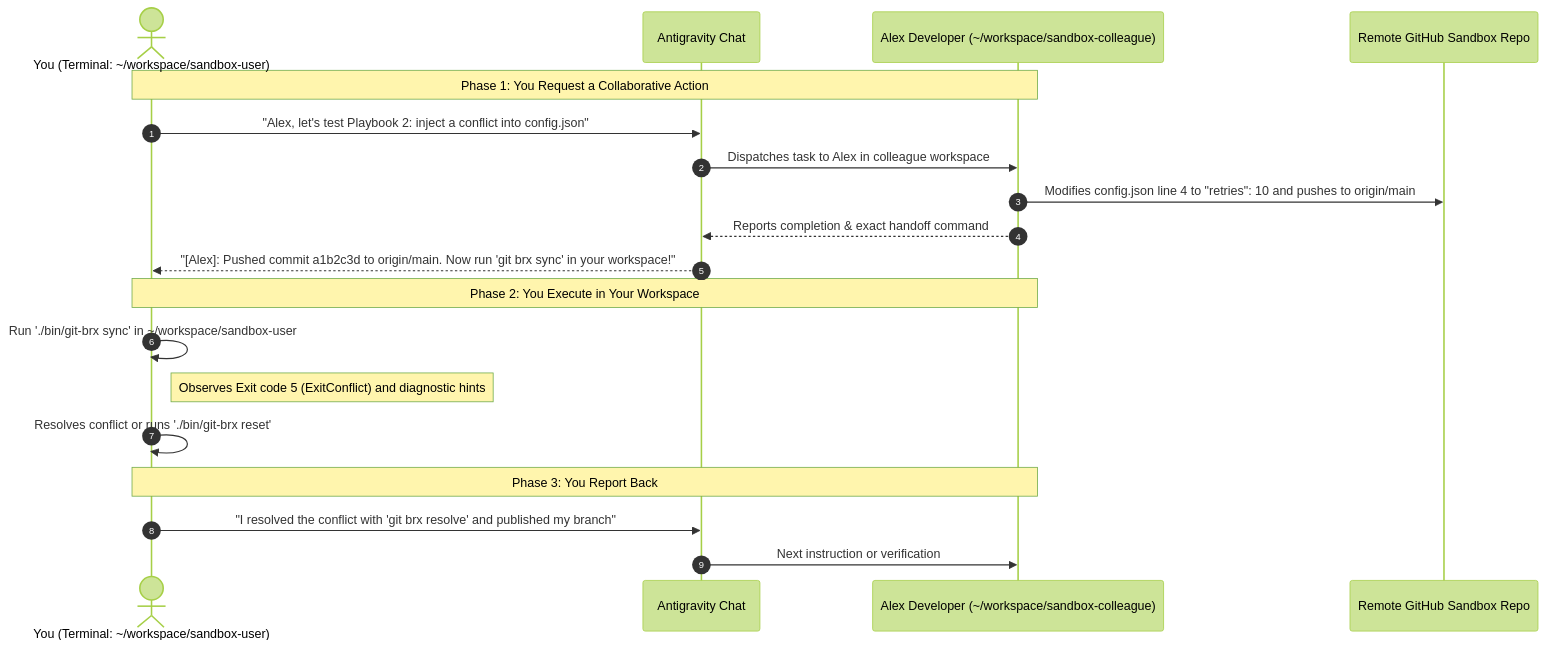
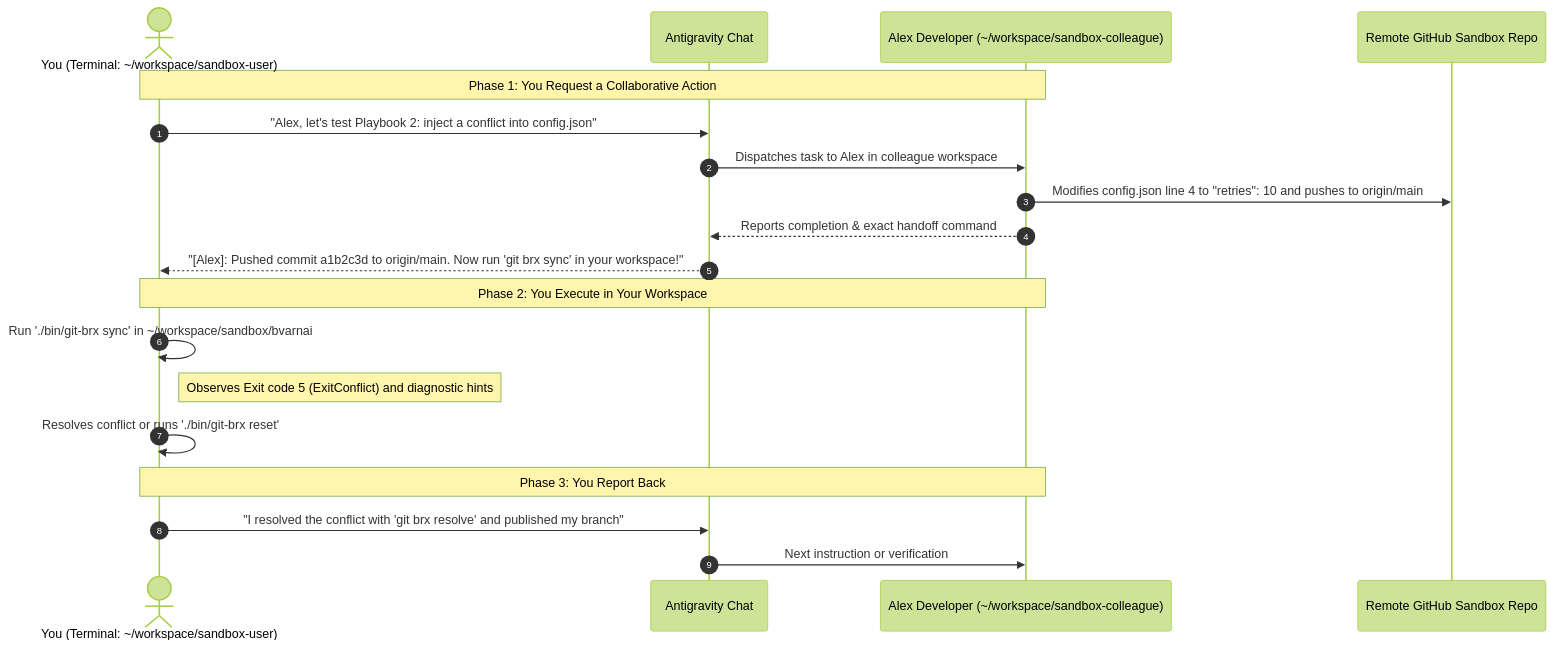
One commit to bvarnai/git-brx changed the second of 2 diagrams in docs/user-guide/colleague-simulation.md. Above: the diagram before and after it, drawn with Mermaid (forest theme). The commit also changed other lines of this file and 2 other files, not shown here.

Commit message:
docs(#22): isolate sandbox clones in ~/workspace/sandbox and inherit user git config

````diff
--- a/docs/user-guide/colleague-simulation.md
+++ b/docs/user-guide/colleague-simulation.md
@@ -57,24 +57,24 @@
 ```mermaid
 sequenceDiagram
     autonumber
     actor You as You (Terminal: ~/workspace/sandbox-user)
     participant Chat as Antigravity Chat
     participant Alex as Alex Developer (~/workspace/sandbox-colleague)
     participant GitHub as Remote GitHub Sandbox Repo
 
     Note over You,Alex: Phase 1: You Request a Collaborative Action
     You->>Chat: "Alex, let's test Playbook 2: inject a conflict into config.json"
     Chat->>Alex: Dispatches task to Alex in colleague workspace
     Alex->>GitHub: Modifies config.json line 4 to "retries": 10 and pushes to origin/main
     Alex-->>Chat: Reports completion & exact handoff command
     Chat-->>You: "[Alex]: Pushed commit a1b2c3d to origin/main. Now run 'git brx sync' in your workspace!"
 
     Note over You,Alex: Phase 2: You Execute in Your Workspace
-    You->>You: Run './bin/git-brx sync' in ~/workspace/sandbox-user
+    You->>You: Run './bin/git-brx sync' in ~/workspace/sandbox/bvarnai
     Note right of You: Observes Exit code 5 (ExitConflict) and diagnostic hints
     You->>You: Resolves conflict or runs './bin/git-brx reset'
 
     Note over You,Alex: Phase 3: You Report Back
     You->>Chat: "I resolved the conflict with 'git brx resolve' and published my branch"
     Chat->>Alex: Next instruction or verification
 ```
````
